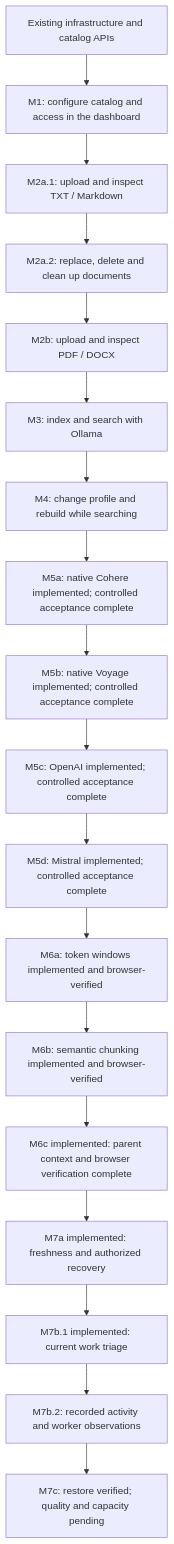
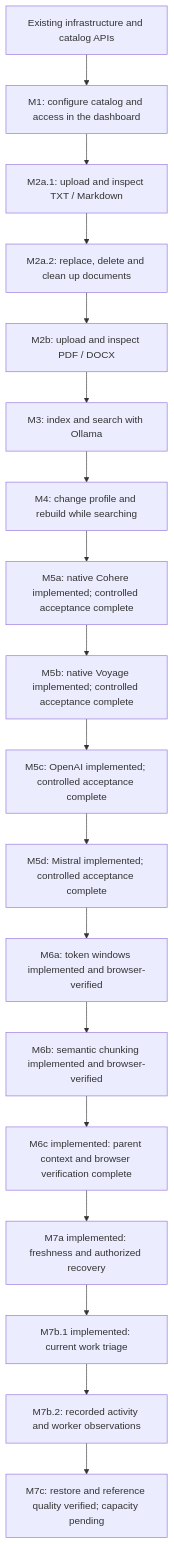
One commit to SimonLoir/vectorix changed the fifth of 5 diagrams in docs/rag-implementation-plan.md. Above: the diagram before and after it, drawn with Mermaid. The commit also changed other lines of this file and 91 other files, not shown here.

Commit message:
test(rag): add native reference quality acceptance

````diff
--- a/docs/rag-implementation-plan.md
+++ b/docs/rag-implementation-plan.md
@@ -267,20 +267,20 @@
 ```mermaid
 flowchart TD
     BASE["Existing infrastructure and catalog APIs"] --> M1["M1: configure catalog and access in the dashboard"]
     M1 --> M2A["M2a.1: upload and inspect TXT / Markdown"]
     M2A --> M2A2["M2a.2: replace, delete and clean up documents"]
     M2A2 --> M2B["M2b: upload and inspect PDF / DOCX"]
     M2B --> M3["M3: index and search with Ollama"]
     M3 --> M4["M4: change profile and rebuild while searching"]
     M4 --> M5A["M5a: native Cohere implemented; controlled acceptance complete"]
     M5A --> M5B["M5b: native Voyage implemented; controlled acceptance complete"]
     M5B --> M5C["M5c: OpenAI implemented; controlled acceptance complete"]
     M5C --> M5D["M5d: Mistral implemented; controlled acceptance complete"]
     M5D --> M6A["M6a: token windows implemented and browser-verified"]
     M6A --> M6B["M6b: semantic chunking implemented and browser-verified"]
     M6B --> M6C["M6c implemented: parent context and browser verification complete"]
     M6C --> M7A["M7a implemented: freshness and authorized recovery"]
     M7A --> M7B1["M7b.1 implemented: current work triage"]
     M7B1 --> M7B2["M7b.2: recorded activity and worker observations"]
-    M7B2 --> M7C["M7c: restore verified; quality and capacity pending"]
+    M7B2 --> M7C["M7c: restore and reference quality verified; capacity pending"]
 ```
````
